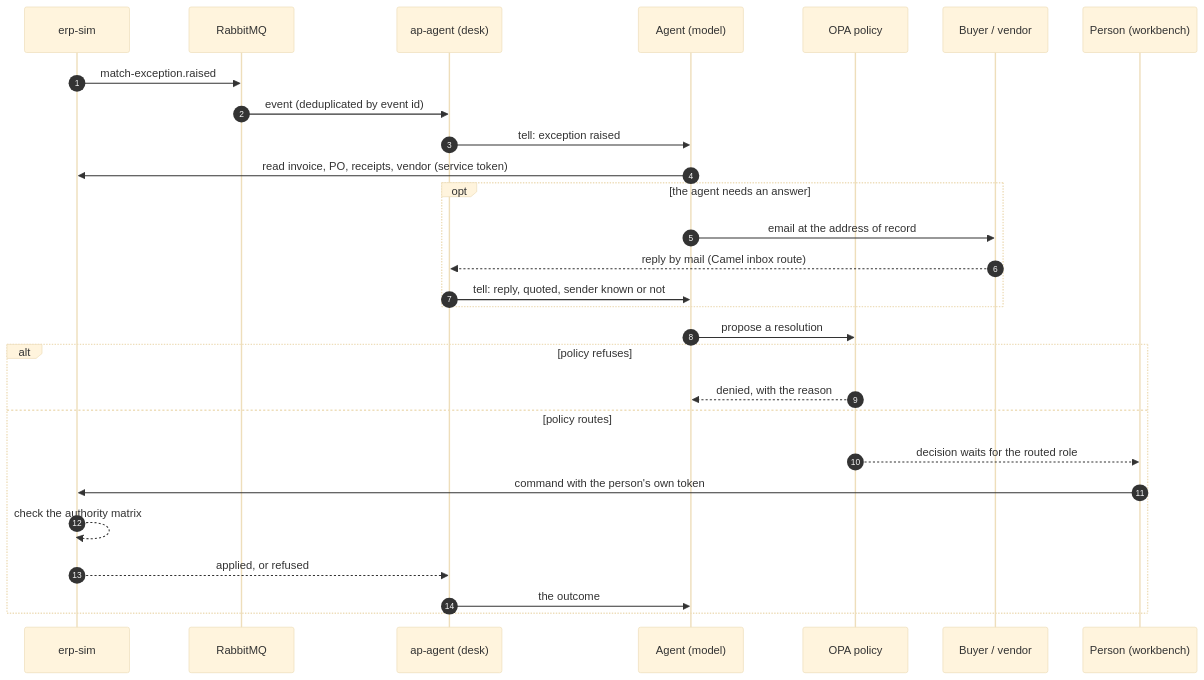
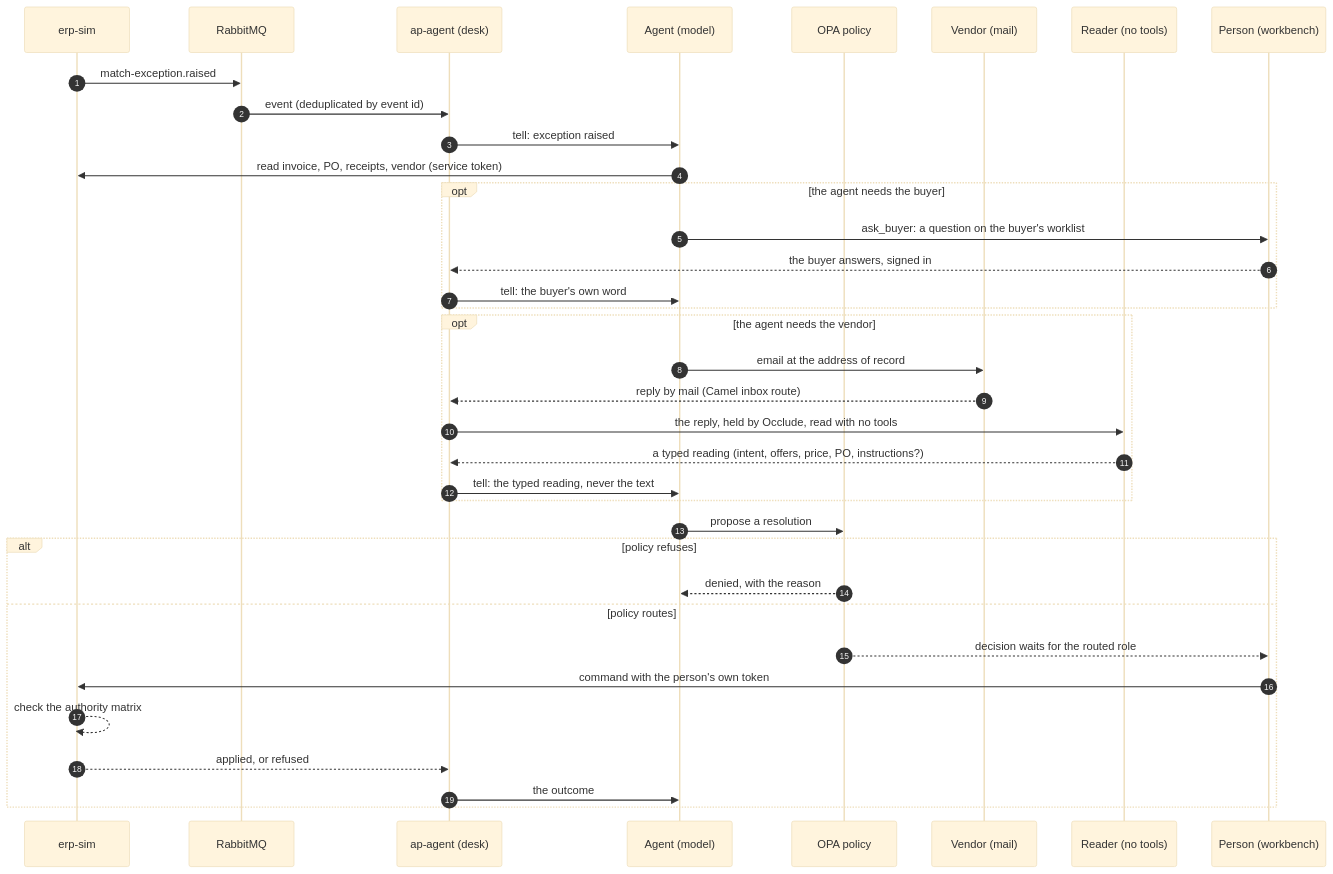
Before and after one commit to jwcarman/nessy-ap: the second of 4 diagrams in docs/system.md, drawn with Mermaid (base theme). The commit also changed other lines of this file and 8 other files, not shown here.

````diff
--- a/docs/system.md
+++ b/docs/system.md
@@ -66,31 +67,39 @@
 ```mermaid
 sequenceDiagram
   autonumber
   participant ERP as erp-sim
   participant MQ as RabbitMQ
   participant D as ap-agent (desk)
   participant A as Agent (model)
   participant P as OPA policy
-  participant B as Buyer / vendor
+  participant V as Vendor (mail)
+  participant R as Reader (no tools)
   participant H as Person (workbench)
 
   ERP->>MQ: match-exception.raised
   MQ->>D: event (deduplicated by event id)
   D->>A: tell: exception raised
   A->>ERP: read invoice, PO, receipts, vendor (service token)
-  opt the agent needs an answer
-    A->>B: email at the address of record
-    B-->>D: reply by mail (Camel inbox route)
-    D->>A: tell: reply, quoted, sender known or not
+  opt the agent needs the buyer
+    A->>H: ask_buyer: a question on the buyer's worklist
+    H-->>D: the buyer answers, signed in
+    D->>A: tell: the buyer's own word
+  end
+  opt the agent needs the vendor
+    A->>V: email at the address of record
+    V-->>D: reply by mail (Camel inbox route)
+    D->>R: the reply, held by Occlude, read with no tools
+    R-->>D: a typed reading (intent, offers, price, PO, instructions?)
+    D->>A: tell: the typed reading, never the text
   end
   A->>P: propose a resolution
   alt policy refuses
     P-->>A: denied, with the reason
   else policy routes
     P-->>H: decision waits for the routed role
     H->>ERP: command with the person's own token
     ERP-->>ERP: check the authority matrix
     ERP-->>D: applied, or refused
     D->>A: the outcome
   end
 ```
````
